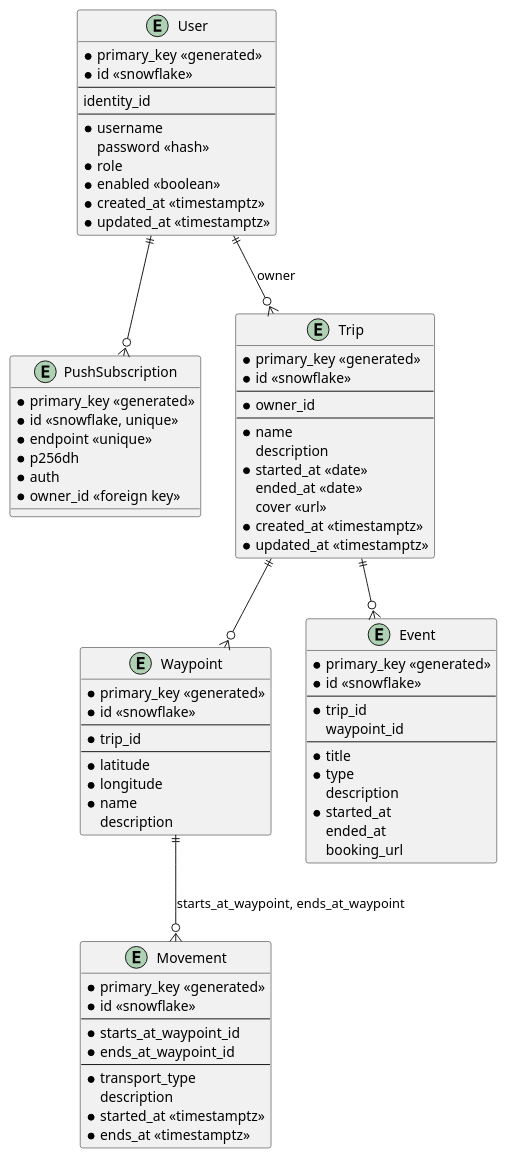
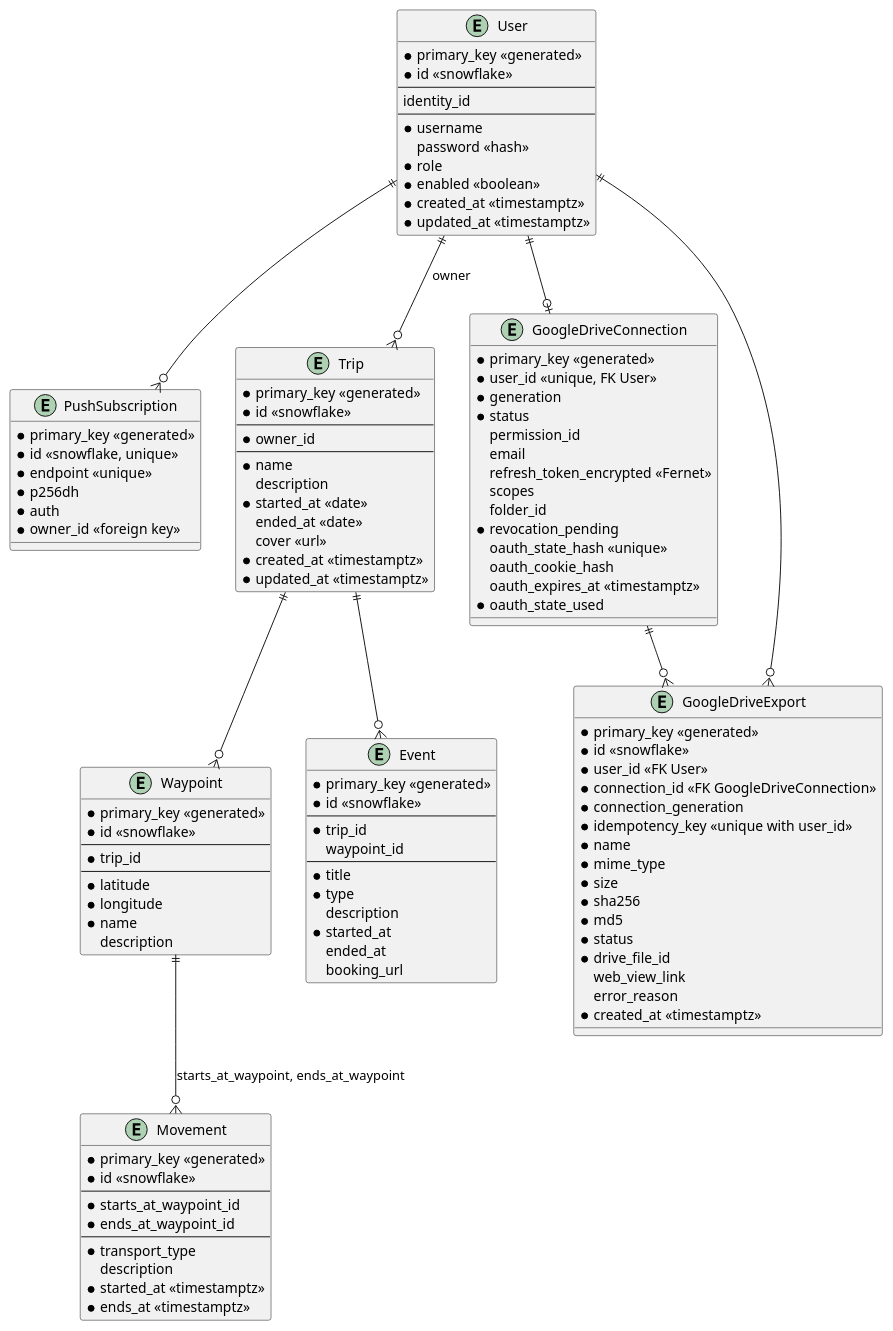
One commit to eliseydudin/prod-hack-kzn-2026-backend changed the diagram in docs/database.puml. Above: the diagram before and after it, drawn with PlantUML. The commit also changed 27 other files, not shown here.

Commit message:
feat: recover Google Drive photo exports on current backend

```diff
--- a/docs/database.puml
+++ b/docs/database.puml
@@ -1,87 +1,126 @@
 @startuml
 
 entity User {
 	* primary_key <<generated>>
 	* id <<snowflake>>
 	--
 	identity_id
 	--
 	* username
 	password <<hash>>
 	* role
 	* enabled <<boolean>>
 	* created_at <<timestamptz>>
 	* updated_at <<timestamptz>>
 }
 
 entity PushSubscription {
 	* primary_key <<generated>>
 	* id <<snowflake, unique>>
 	* endpoint <<unique>>
 	* p256dh
 	* auth
 	* owner_id <<foreign key>>
 }
 
 entity Trip {
 	* primary_key <<generated>>
 	* id <<snowflake>>
 	--
 	* owner_id
 	--
 	* name
 	description
 	* started_at <<date>>
 	ended_at <<date>>
 	cover <<url>>
 	* created_at <<timestamptz>>
 	* updated_at <<timestamptz>>
 }
 
 entity Waypoint {
 	* primary_key <<generated>>
 	* id <<snowflake>>
 	--
 	* trip_id
 	--
 	* latitude
 	* longitude
 	* name
 	description
 }
 
 entity Movement {
 	* primary_key <<generated>>
 	* id <<snowflake>>
 	--
 	* starts_at_waypoint_id
 	* ends_at_waypoint_id
 	--
 	* transport_type
 	description
 	* started_at <<timestamptz>>
 	* ends_at <<timestamptz>>
 }
 
 entity Event {
 	* primary_key <<generated>>
 	* id <<snowflake>>
 	--
 	* trip_id
 	waypoint_id
 	--
 	* title
 	* type
 	description
 	* started_at
 	ended_at
 	booking_url
 }
 
 User ||--o{ PushSubscription
 User ||--o{ Trip : owner
 Trip ||--o{ Waypoint
 Waypoint ||--o{ Movement : starts_at_waypoint, ends_at_waypoint
 Trip ||--o{ Event
+entity GoogleDriveConnection {
+    * primary_key <<generated>>
+    * user_id <<unique, FK User>>
+    * generation
+    * status
+    permission_id
+    email
+    refresh_token_encrypted <<Fernet>>
+    scopes
+    folder_id
+    * revocation_pending
+    oauth_state_hash <<unique>>
+    oauth_cookie_hash
+    oauth_expires_at <<timestamptz>>
+    * oauth_state_used
+}
+
+entity GoogleDriveExport {
+    * primary_key <<generated>>
+    * id <<snowflake>>
+    * user_id <<FK User>>
+    * connection_id <<FK GoogleDriveConnection>>
+    * connection_generation
+    * idempotency_key <<unique with user_id>>
+    * name
+    * mime_type
+    * size
+    * sha256
+    * md5
+    * status
+    * drive_file_id
+    web_view_link
+    error_reason
+    * created_at <<timestamptz>>
+}
+
+User ||--o| GoogleDriveConnection
+User ||--o{ GoogleDriveExport
+GoogleDriveConnection ||--o{ GoogleDriveExport
 
 @enduml
```
